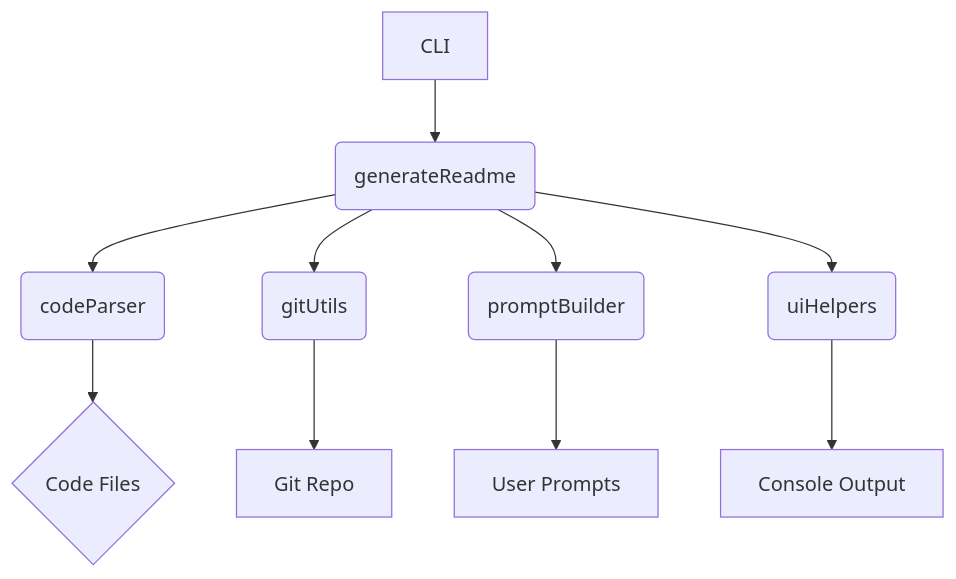
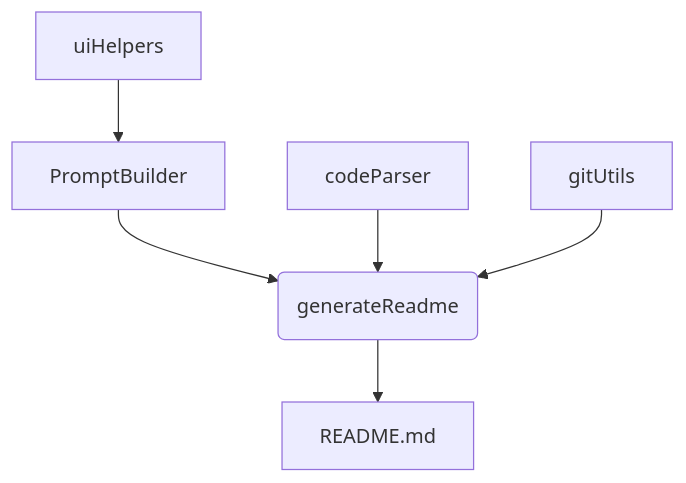
The first of 2 diagrams in README.md (PIYUSH1SAINI/ReadMe-wiz), drawn with Mermaid before and after one commit. The commit also changed other lines of this file and 1 other file, not shown here.

````diff
--- a/README.md
+++ b/README.md
@@ -31,13 +50,9 @@
 ```mermaid
 graph TD
-    A[CLI] --> B(generateReadme);
-    B --> C(codeParser);
-    B --> D(gitUtils);
-    B --> E(promptBuilder);
-    B --> F(uiHelpers);
-    C --> G{Code Files};
-    D --> H[Git Repo];
-    E --> I[User Prompts];
-    F --> J[Console Output];
+    A[PromptBuilder] --> B(generateReadme);
+    C[codeParser] --> B;
+    D[gitUtils] --> B;
+    E[uiHelpers] --> A;
+    B --> F[README.md];
 
 ```
````
